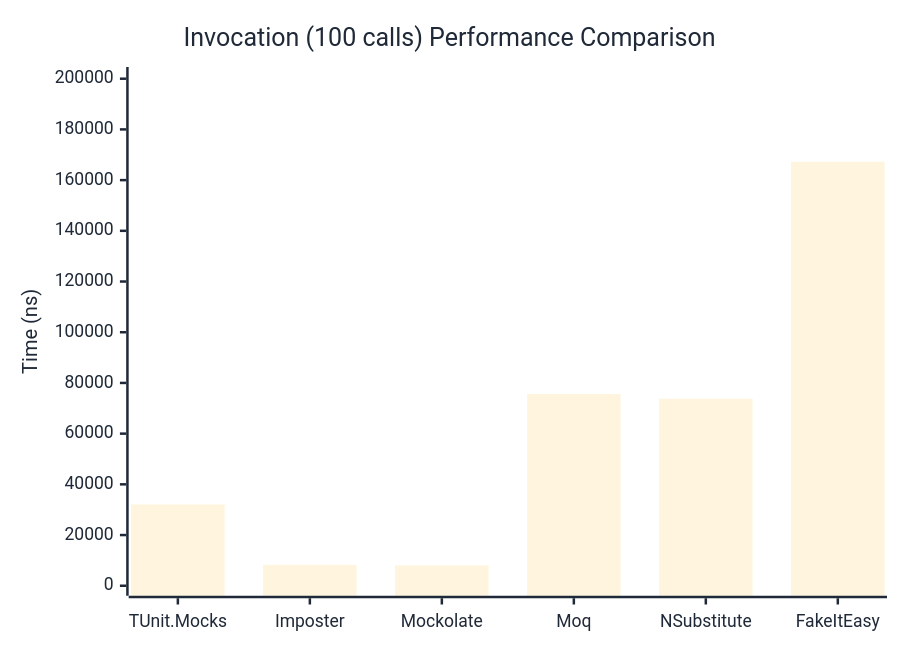
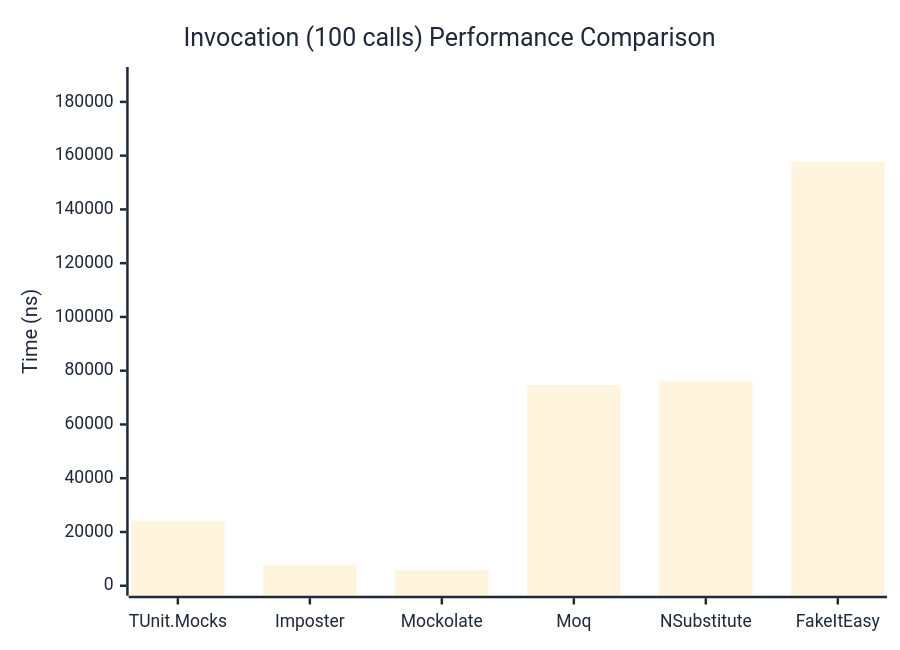
Before and after one commit to thomhurst/TUnit: the third of 3 diagrams in docs/docs/benchmarks/mocks/Invocation.md, drawn with Mermaid. The commit also changed other lines of this file and 14 other files, not shown here.

````diff
--- a/docs/docs/benchmarks/mocks/Invocation.md
+++ b/docs/docs/benchmarks/mocks/Invocation.md
@@ -112,27 +112,27 @@
 ```mermaid
 %%{init: {
   'theme':'base',
   'themeVariables': {
     'primaryColor': '#2563eb',
     'primaryTextColor': '#1f2937',
     'primaryBorderColor': '#1e40af',
     'lineColor': '#6b7280',
     'secondaryColor': '#7c3aed',
     'tertiaryColor': '#dc2626',
     'background': '#ffffff',
     'pie1': '#2563eb',
     'pie2': '#7c3aed',
     'pie3': '#dc2626',
     'pie4': '#f59e0b',
     'pie5': '#10b981',
     'pie6': '#06b6d4',
     'pie7': '#ec4899',
     'pie8': '#6366f1'
   }
 }}%%
 xychart-beta
   title "Invocation (100 calls) Performance Comparison"
   x-axis ["TUnit.Mocks", "Imposter", "Mockolate", "Moq", "NSubstitute", "FakeItEasy"]
-  y-axis "Time (ns)" 0 --> 200673
-  bar [32078.44, 8244.86, 8023.81, 75615.5, 73780.07, 167226.67]
+  y-axis "Time (ns)" 0 --> 189260
+  bar [24152.53, 7797.08, 5867.52, 74721.67, 76283.63, 157716.12]
 ```
````
